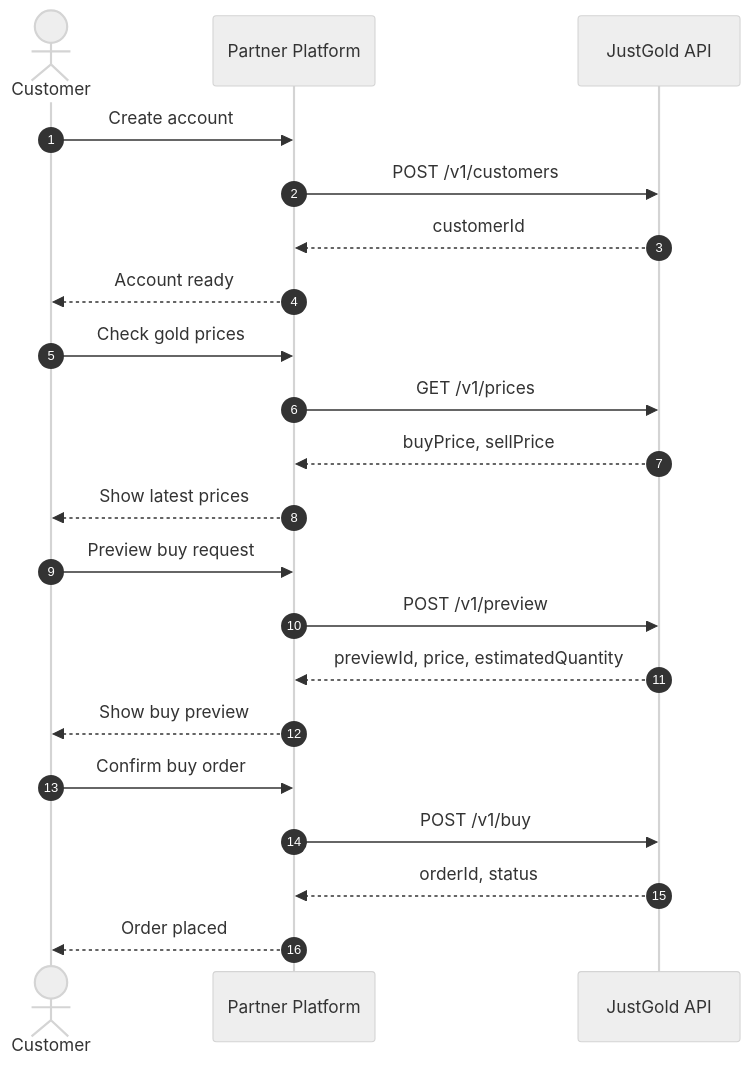
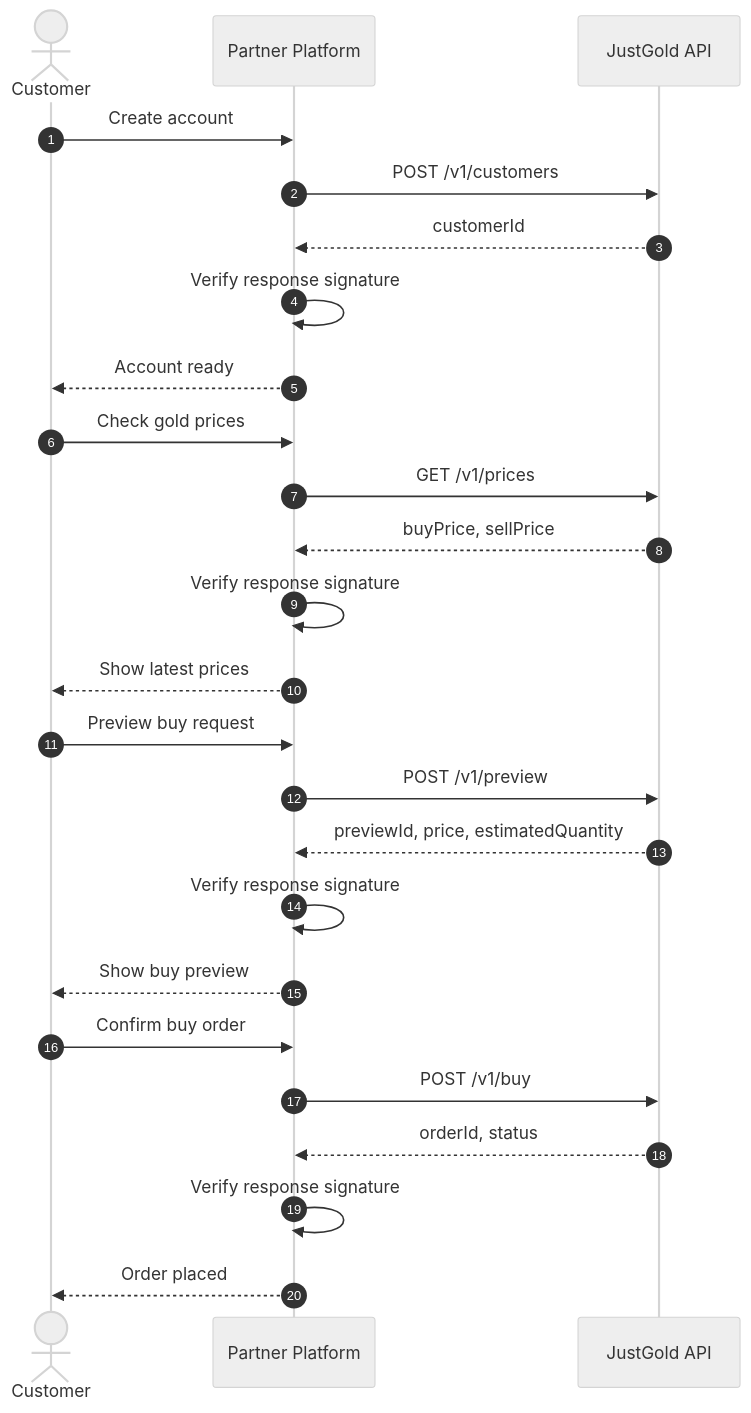
Before and after one commit to Just-Gold-JG/docs: the first of 2 diagrams in integration-flow.md, drawn with Mermaid (neutral theme). The commit also changed other lines of this file and 7 other files, not shown here.

````diff
--- a/integration-flow.md
+++ b/integration-flow.md
@@ -7,27 +7,31 @@
 ```mermaid
 sequenceDiagram
     autonumber
     actor Customer
     participant Partner as Partner Platform
     participant JustGold as JustGold API
 
     Customer->>Partner: Create account
     Partner->>JustGold: POST /v1/customers
     JustGold-->>Partner: customerId
+    Partner->>Partner: Verify response signature
     Partner-->>Customer: Account ready
 
     Customer->>Partner: Check gold prices
     Partner->>JustGold: GET /v1/prices
     JustGold-->>Partner: buyPrice, sellPrice
+    Partner->>Partner: Verify response signature
     Partner-->>Customer: Show latest prices
 
     Customer->>Partner: Preview buy request
     Partner->>JustGold: POST /v1/preview
     JustGold-->>Partner: previewId, price, estimatedQuantity
+    Partner->>Partner: Verify response signature
     Partner-->>Customer: Show buy preview
 
     Customer->>Partner: Confirm buy order
     Partner->>JustGold: POST /v1/buy
     JustGold-->>Partner: orderId, status
+    Partner->>Partner: Verify response signature
     Partner-->>Customer: Order placed
 ```
````
